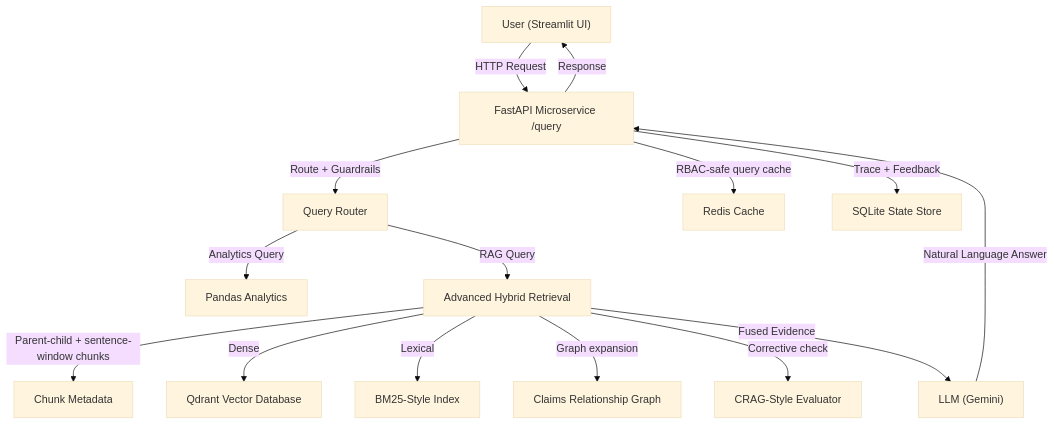
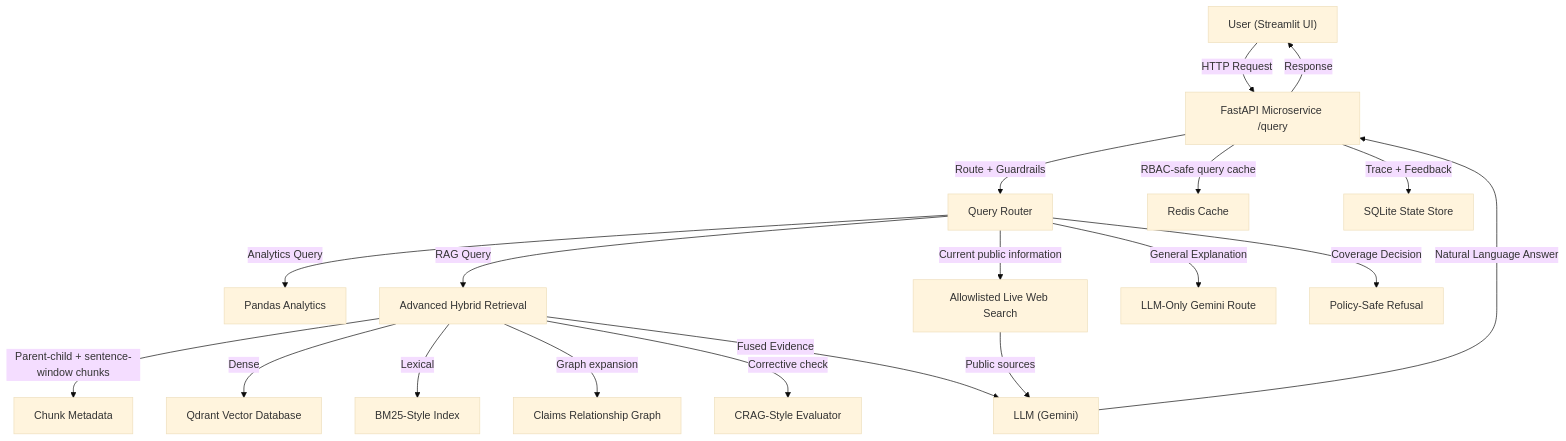
Before and after one commit to Darpan-Maurya/rag_claims_assistant: the diagram in Readme.md, drawn with Mermaid (base theme). The commit also changed other lines of this file and 104 other files, not shown here.

````diff
--- a/Readme.md
+++ b/Readme.md
@@ -47,17 +47,21 @@
 ```mermaid
 graph TD
     User["User (Streamlit UI)"] -->|HTTP Request| API["FastAPI Microservice /query"]
     API -->|Route + Guardrails| Router["Query Router"]
     Router -->|Analytics Query| Analytics["Pandas Analytics"]
     Router -->|RAG Query| Retrieval["Advanced Hybrid Retrieval"]
+    Router -->|Current public information| Web["Allowlisted Live Web Search"]
+    Router -->|General Explanation| GeneralLLM["LLM-Only Gemini Route"]
+    Router -->|Coverage Decision| Refusal["Policy-Safe Refusal"]
     Retrieval -->|Parent-child + sentence-window chunks| Chunks["Chunk Metadata"]
     Retrieval -->|Dense| Qdrant["Qdrant Vector Database"]
     Retrieval -->|Lexical| BM25["BM25-Style Index"]
     Retrieval -->|Graph expansion| Graph["Claims Relationship Graph"]
     Retrieval -->|Corrective check| CRAG["CRAG-Style Evaluator"]
     Retrieval -->|Fused Evidence| LLM["LLM (Gemini)"]
+    Web -->|Public sources| LLM
     API -->|RBAC-safe query cache| Redis["Redis Cache"]
     API -->|Trace + Feedback| SQLite["SQLite State Store"]
     LLM -->|Natural Language Answer| API
     API -->|Response| User
 ```
````
